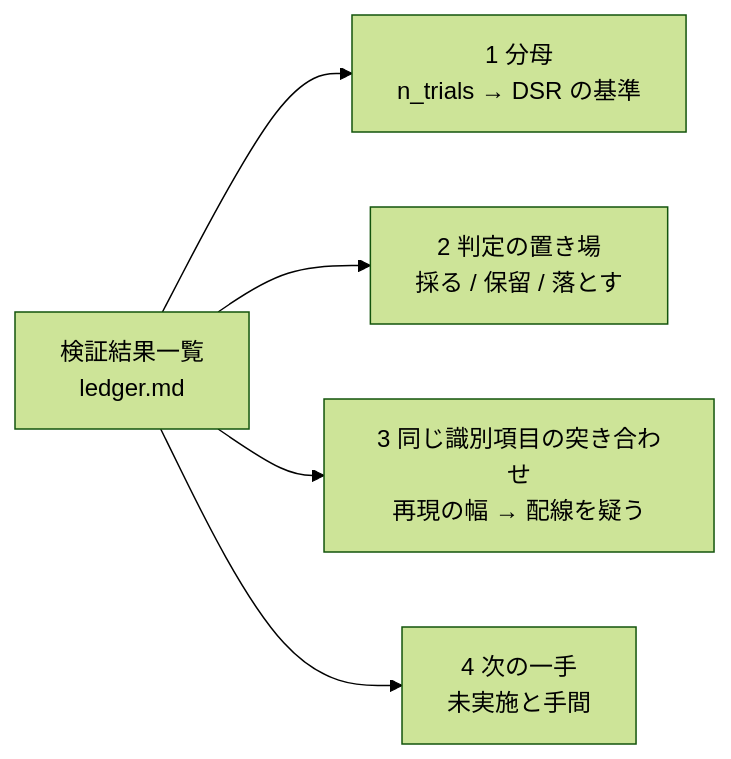
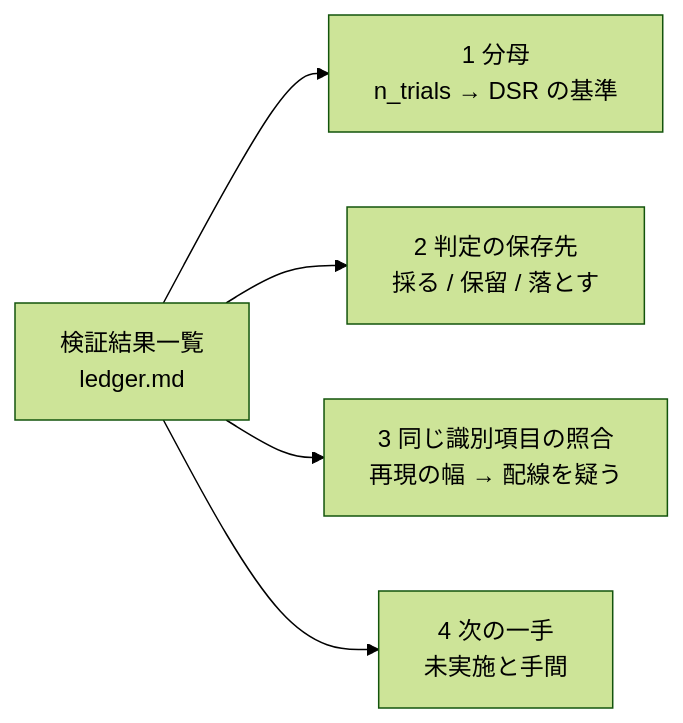
Before and after one commit to akiraak/ai-income-lab: the second of 3 diagrams in docs/specs/experiments/feature-discovery/ledger-role.md, drawn with Mermaid (forest theme). The commit also changed other lines of this file and 45 other files, not shown here.

````diff
--- a/docs/specs/experiments/feature-discovery/ledger-role.md
+++ b/docs/specs/experiments/feature-discovery/ledger-role.md
@@ -46,7 +46,7 @@
 ```mermaid
 flowchart LR
   L["検証結果一覧<br/>ledger.md"] --> A["1 分母<br/>n_trials → DSR の基準"]
-  L --> B["2 判定の置き場<br/>採る / 保留 / 落とす"]
-  L --> C["3 同じ識別項目の突き合わせ<br/>再現の幅 → 配線を疑う"]
+  L --> B["2 判定の保存先<br/>採る / 保留 / 落とす"]
+  L --> C["3 同じ識別項目の照合<br/>再現の幅 → 配線を疑う"]
   L --> D["4 次の一手<br/>未実施と手間"]
 ```
````
